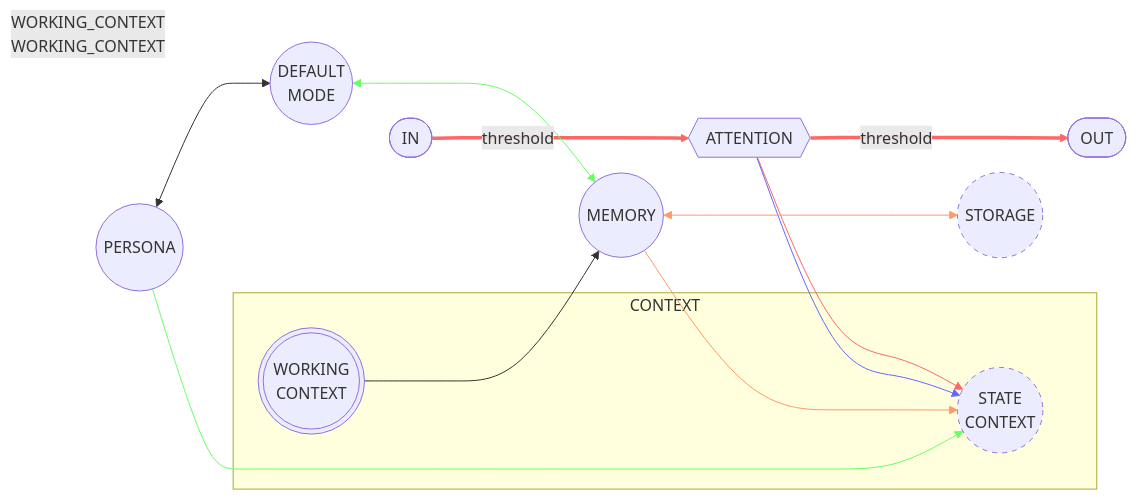
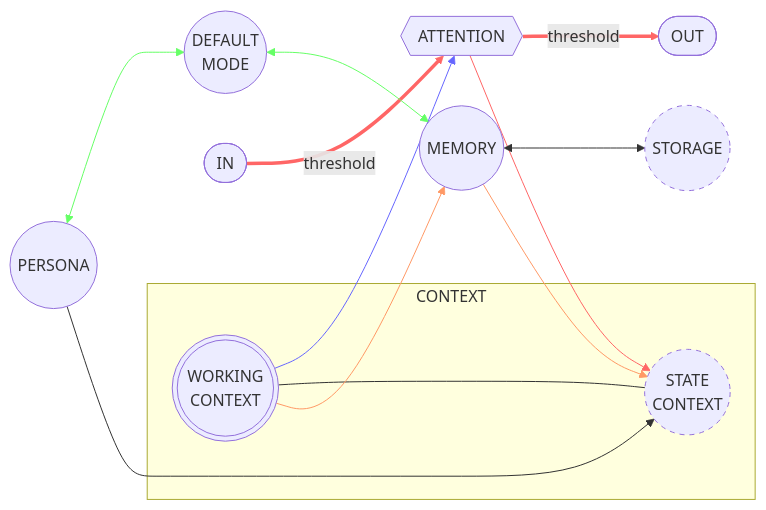
Before and after one commit to EveryOneIsGross/scratchTHOUGHTS: the first of 14 diagrams in README.md, drawn with Mermaid.

````diff
--- a/README.md
+++ b/README.md
@@ -4,56 +4,56 @@
 ```mermaid
 flowchart LR
     IN([IN])
     OUT([OUT])
     ATTENTION{{ATTENTION}}
     WORKING_CONTEXT((("WORKING\nCONTEXT")))
     STATE_CONTEXT(("STATE\nCONTEXT"))
     MEMORY((MEMORY))
     STORAGE(("STORAGE"))
     PERSONA((PERSONA))
     DEFAULT_MODE((DEFAULT\nMODE))
     
     %% Input/Output with threshold attention
     IN ==>|threshold| ATTENTION
     ATTENTION ==>|threshold| OUT
     
     %% Attention to State Context for input
     ATTENTION --> STATE_CONTEXT
     
-    %% Attention-Working Context interaction
-    ATTENTION <-- WORKING_CONTEXT
+    %% Working Context to Attention (output only)
+    WORKING_CONTEXT --> ATTENTION
     
     %% Context hierarchy and relationships
     WORKING_CONTEXT --- STATE_CONTEXT
     
     %% Memory and context interactions - Updated directionality
     WORKING_CONTEXT --> MEMORY
     MEMORY --> STATE_CONTEXT
     
     %% Storage system
     MEMORY <--> STORAGE
     
     %% Persona and default mode recursion
     PERSONA <--> DEFAULT_MODE
     
     %% Default mode memory interaction
     DEFAULT_MODE <--> MEMORY
     
     %% Persona influencing state context
     PERSONA --> STATE_CONTEXT
     
     style STATE_CONTEXT stroke-dasharray: 5 5
     style STORAGE stroke-dasharray: 5 5
     
     subgraph CONTEXT
         WORKING_CONTEXT
         STATE_CONTEXT
     end
     
     %% Styling to emphasize relationships
     linkStyle 0,1 stroke:#f66,stroke-width:2px %% Threshold connections
     linkStyle 2 stroke:#f66,stroke-width:2px %% Attention to State Context
+    linkStyle 3 stroke:#66f,stroke-width:2px %% Working Context to Attention
     linkStyle 8,9 stroke:#6f6,stroke-width:2px %% Recursion relationships
-    linkStyle 3 stroke:#66f,stroke-width:2px %% Attention-Working Context interaction
     linkStyle 5,6 stroke:#f96,stroke-width:2px %% Memory-Context flows
 ```
````
